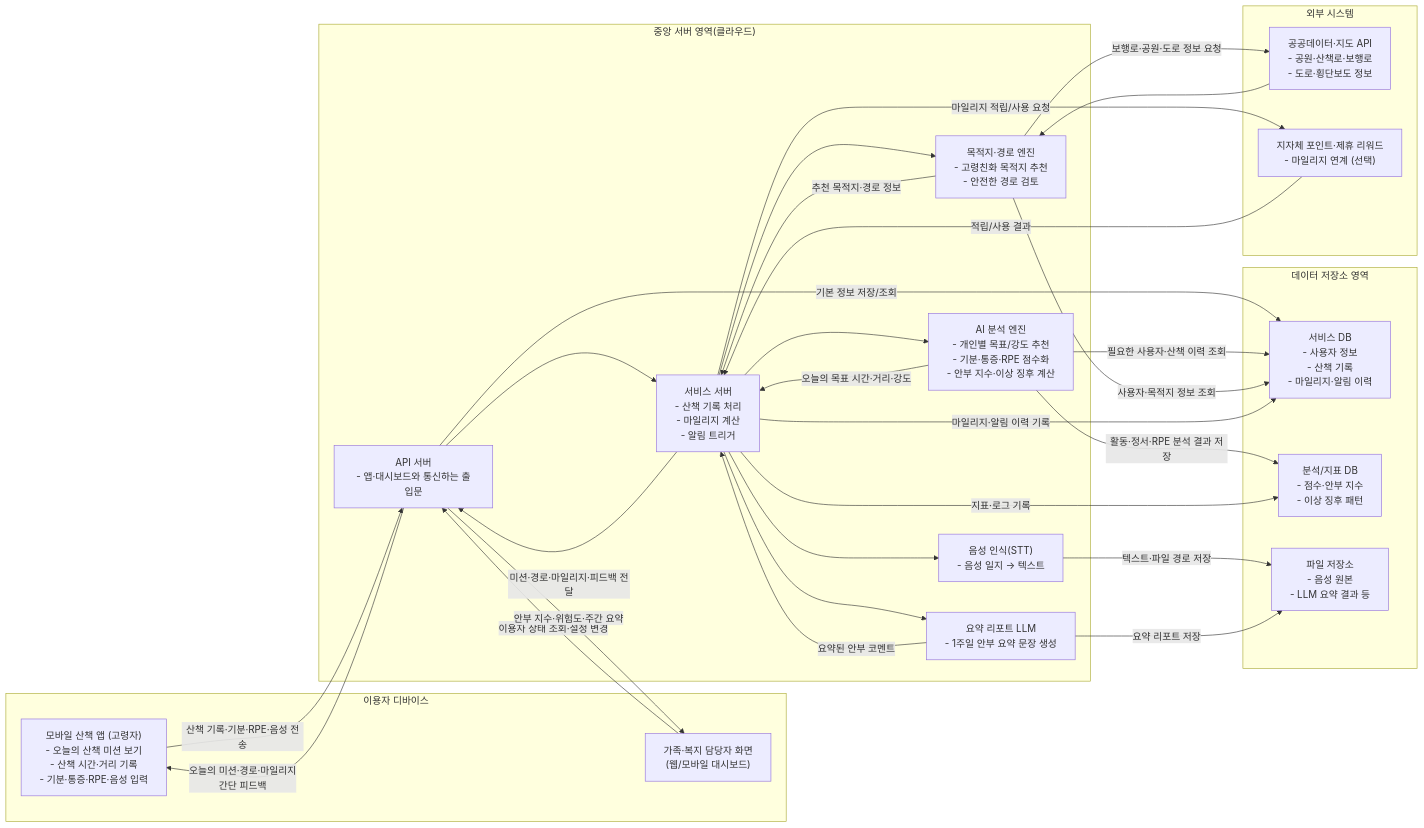
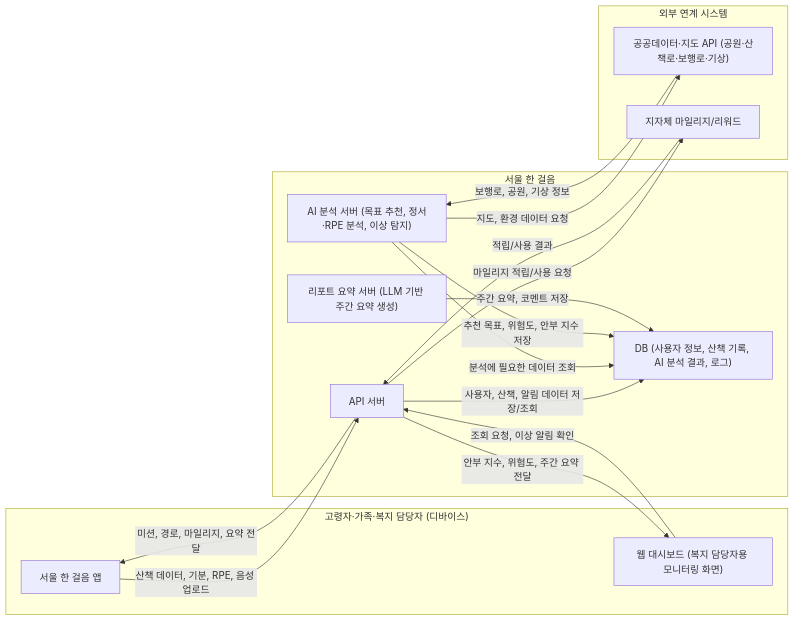
The diagram in README.md (jubropa/SeoulOneStep), drawn with Mermaid before and after one commit.

````diff
--- a/README.md
+++ b/README.md
@@ -3,64 +3,36 @@
 ```mermaid
-flowchart LR
-    subgraph Devices["이용자 디바이스"]
-        App["모바일 산책 앱 (고령자)\n- 오늘의 산책 미션 보기\n- 산책 시간·거리 기록\n- 기분·통증·RPE·음성 입력"]
-        Care["가족·복지 담당자 화면\n(웹/모바일 대시보드)"]
+graph LR
+    subgraph User["고령자·가족·복지 담당자 (디바이스)"]
+        App["서울 한 걸음 앱"]
+        Dash["웹 대시보드 (복지 담당자용 모니터링 화면)"]
     end
 
-    subgraph Servers["중앙 서버 영역(클라우드)"]
-        APIServer["API 서버\n- 앱·대시보드와 통신하는 출입문"]
-        ServiceCore["서비스 서버\n- 산책 기록 처리\n- 마일리지 계산\n- 알림 트리거"]
-        AIEngine["AI 분석 엔진\n- 개인별 목표/강도 추천\n- 기분·통증·RPE 점수화\n- 안부 지수·이상 징후 계산"]
-        RouteEngine["목적지·경로 엔진\n- 고령친화 목적지 추천\n- 안전한 경로 검토"]
-        STT["음성 인식(STT)\n- 음성 일지 → 텍스트"]
-        LLMReport["요약 리포트 LLM\n- 1주일 안부 요약 문장 생성"]
+    subgraph Service["서울 한 걸음"]
+        API["API 서버"]
+        AI["AI 분석 서버 (목표 추천, 정서·RPE 분석, 이상 탐지)"]
+        LLM["리포트 요약 서버 (LLM 기반 주간 요약 생성)"]
+        DataStore["DB (사용자 정보, 산책 기록, AI 분석 결과, 로그)"]
     end
 
-    subgraph DBs["데이터 저장소 영역"]
-        MainDB["서비스 DB\n- 사용자 정보\n- 산책 기록\n- 마일리지·알림 이력"]
-        LogDB["분석/지표 DB\n- 점수·안부 지수\n- 이상 징후 패턴"]
-        FileStore["파일 저장소\n- 음성 원본\n- LLM 요약 결과 등"]
+    subgraph Ext["외부 연계 시스템"]
+        PublicAPI["공공데이터·지도 API (공원·산책로·보행로·기상)"]
+        Reward["지자체 마일리지/리워드"]
     end
 
-    subgraph External["외부 시스템"]
-        PublicData["공공데이터·지도 API\n- 공원·산책로·보행로\n- 도로·횡단보도 정보"]
-        Reward["지자체 포인트·제휴 리워드\n- 마일리지 연계 (선택)"]
-    end
+    App -->|"산책 데이터, 기분, RPE, 음성 업로드"| API
+    Dash -->|"조회 요청, 이상 알림 확인"| API
 
-    App -->|"산책 기록·기분·RPE·음성 전송"| APIServer
-    Care -->|"이용자 상태 조회·설정 변경"| APIServer
+    API -->|"미션, 경로, 마일리지, 요약 전달"| App
+    API -->|"안부 지수, 위험도, 주간 요약 전달"| Dash
 
-    APIServer --> ServiceCore
+    API -->|"사용자, 산책, 알림 데이터 저장/조회"| DataStore
+    AI -->|"분석에 필요한 데이터 조회"| DataStore
+    AI -->|"추천 목표, 위험도, 안부 지수 저장"| DataStore
+    LLM -->|"주간 요약, 코멘트 저장"| DataStore
 
-    ServiceCore --> AIEngine
-    ServiceCore --> RouteEngine
-    ServiceCore --> STT
-    ServiceCore --> LLMReport
+    AI -->|"지도, 환경 데이터 요청"| PublicAPI
+    PublicAPI -->|"보행로, 공원, 기상 정보"| AI
 
-    APIServer -->|"기본 정보 저장/조회"| MainDB
-
-    AIEngine -->|"활동·정서·RPE 분석 결과 저장"| LogDB
-    AIEngine -->|"필요한 사용자·산책 이력 조회"| MainDB
-
-    RouteEngine -->|"사용자·목적지 정보 조회"| MainDB
-
-    STT -->|"텍스트·파일 경로 저장"| FileStore
-    LLMReport -->|"요약 리포트 저장"| FileStore
-
-    ServiceCore -->|"마일리지·알림 이력 기록"| MainDB
-    ServiceCore -->|"지표·로그 기록"| LogDB
-
-    RouteEngine -->|"보행로·공원·도로 정보 요청"| PublicData
-    PublicData --> RouteEngine
-
-    ServiceCore -->|"마일리지 적립/사용 요청"| Reward
-    Reward -->|"적립/사용 결과"| ServiceCore
-
-    AIEngine -->|"오늘의 목표 시간·거리·강도"| ServiceCore
-    RouteEngine -->|"추천 목적지·경로 정보"| ServiceCore
-    LLMReport -->|"요약된 안부 코멘트"| ServiceCore
-
-    ServiceCore -->|"미션·경로·마일리지·피드백 전달"| APIServer
-    APIServer -->|"오늘의 미션·경로·마일리지\n간단 피드백"| App
-    APIServer -->|"안부 지수·위험도·주간 요약"| Care
+    API -->|"마일리지 적립/사용 요청"| Reward
+    Reward -->|"적립/사용 결과"| API
 ```
````
